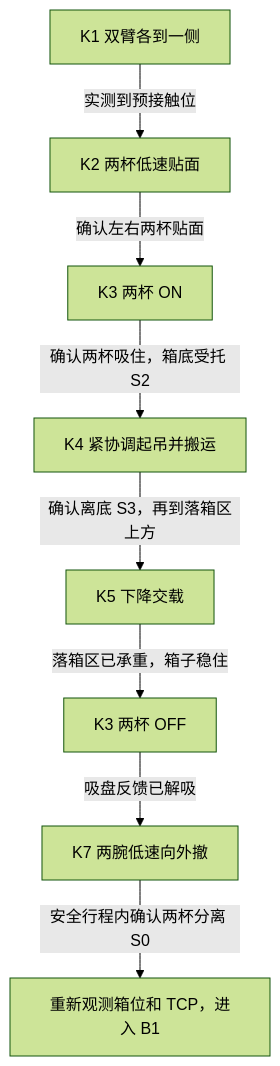
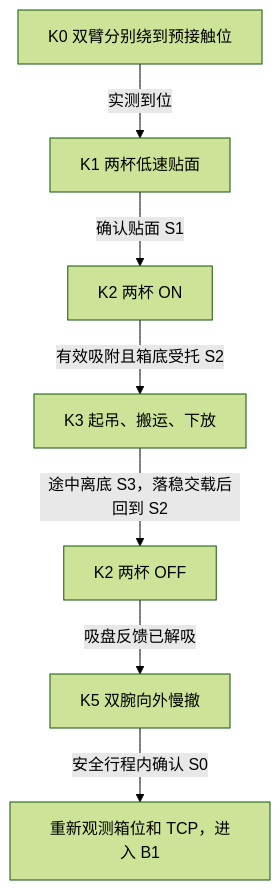
The first of 2 diagrams in scenes/w760_300mm_two_layer/long_skill_short_state.md (dreamerToTOE/dual-fr3), drawn with Mermaid (forest theme) before and after one commit. The commit also changed other lines of this file and 7 other files, not shown here.

````diff
--- a/scenes/w760_300mm_two_layer/long_skill_short_state.md
+++ b/scenes/w760_300mm_two_layer/long_skill_short_state.md
@@ -54,10 +51,9 @@
 ```mermaid
 flowchart TD
-    A["K1 双臂各到一侧"] -->|"实测到预接触位"| B["K2 两杯低速贴面"]
-    B -->|"确认左右两杯贴面"| C["K3 两杯 ON"]
-    C -->|"确认两杯吸住，箱底受托 S2"| D["K4 紧协调起吊并搬运"]
-    D -->|"确认离底 S3，再到落箱区上方"| E["K5 下降交载"]
-    E -->|"落箱区已承重，箱子稳住"| F["K3 两杯 OFF"]
-    F -->|"吸盘反馈已解吸"| G["K7 两腕低速向外撤"]
-    G -->|"安全行程内确认两杯分离 S0"| H["重新观测箱位和 TCP，进入 B1"]
+    A["K0 双臂分别绕到预接触位"] -->|"实测到位"| B["K1 两杯低速贴面"]
+    B -->|"确认贴面 S1"| C["K2 两杯 ON"]
+    C -->|"有效吸附且箱底受托 S2"| D["K3 起吊、搬运、下放"]
+    D -->|"途中离底 S3，落稳交载后回到 S2"| E["K2 两杯 OFF"]
+    E -->|"吸盘反馈已解吸"| F["K5 双腕向外慢撤"]
+    F -->|"安全行程内确认 S0"| G["重新观测箱位和 TCP，进入 B1"]
 ```
````
